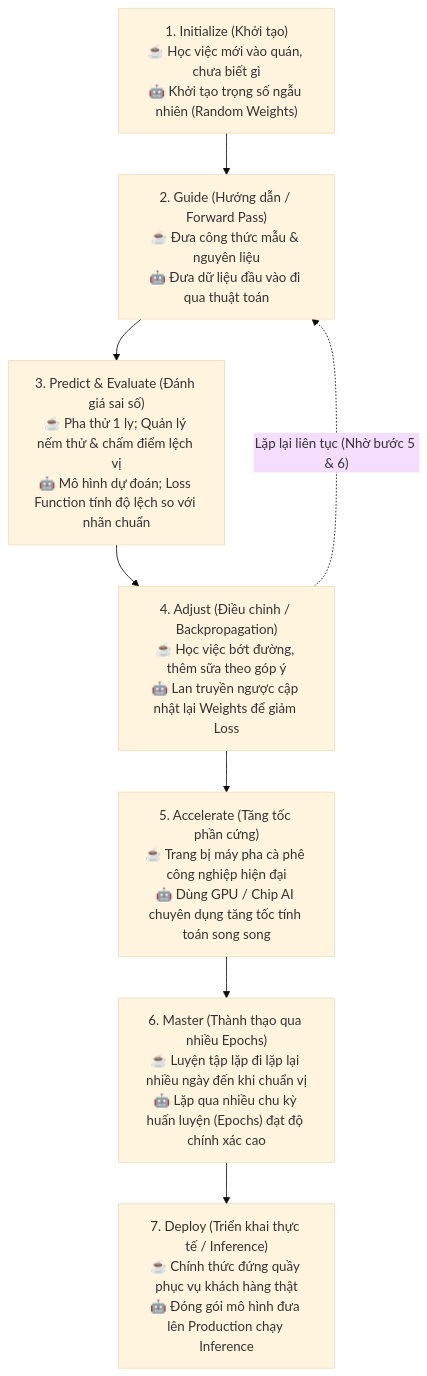
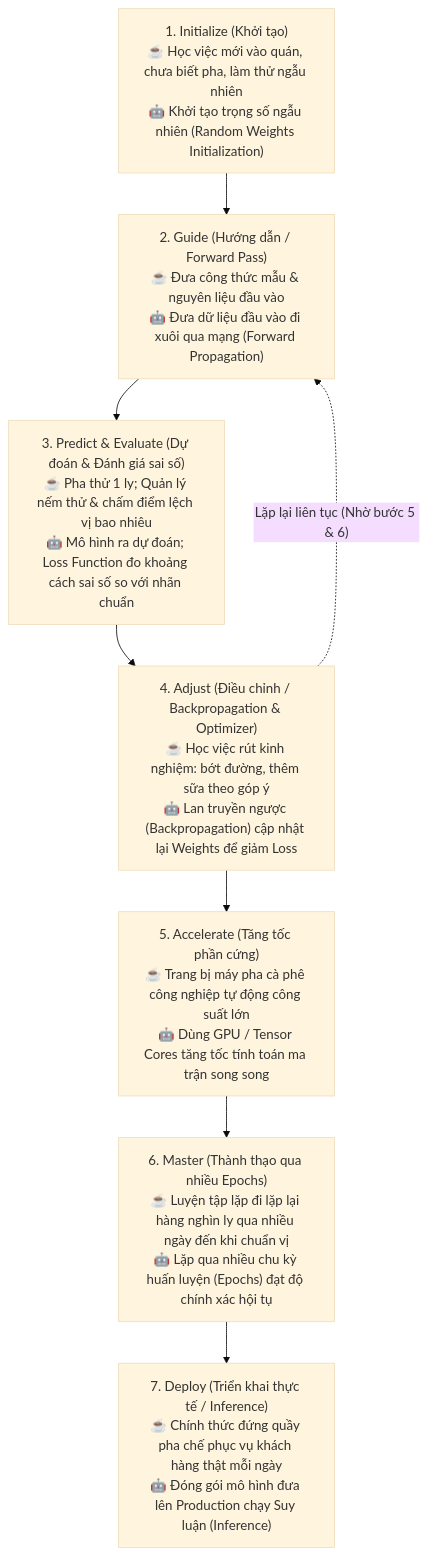
Before and after one commit to nxthanh2904/nca-genl: the sixth of 6 diagrams in Module_02_AIML_Fundamentals.md, drawn with Mermaid (base theme). The commit also changed other lines of this file and 11 other files, not shown here.

````diff
--- a/Module_02_AIML_Fundamentals.md
+++ b/Module_02_AIML_Fundamentals.md
@@ -177,14 +228,14 @@
 ```mermaid
 flowchart TD
-    S1["1. Initialize (Khởi tạo)<br/>☕ Học việc mới vào quán, chưa biết gì<br/>🤖 Khởi tạo trọng số ngẫu nhiên (Random Weights)"]
-    S2["2. Guide (Hướng dẫn / Forward Pass)<br/>☕ Đưa công thức mẫu & nguyên liệu<br/>🤖 Đưa dữ liệu đầu vào đi qua thuật toán"]
-    S3["3. Predict & Evaluate (Đánh giá sai số)<br/>☕ Pha thử 1 ly; Quản lý nếm thử & chấm điểm lệch vị<br/>🤖 Mô hình dự đoán; Loss Function tính độ lệch so với nhãn chuẩn"]
-    S4["4. Adjust (Điều chỉnh / Backpropagation)<br/>☕ Học việc bớt đường, thêm sữa theo góp ý<br/>🤖 Lan truyền ngược cập nhật lại Weights để giảm Loss"]
-    S5["5. Accelerate (Tăng tốc phần cứng)<br/>☕ Trang bị máy pha cà phê công nghiệp hiện đại<br/>🤖 Dùng GPU / Chip AI chuyên dụng tăng tốc tính toán song song"]
-    S6["6. Master (Thành thạo qua nhiều Epochs)<br/>☕ Luyện tập lặp đi lặp lại nhiều ngày đến khi chuẩn vị<br/>🤖 Lặp qua nhiều chu kỳ huấn luyện (Epochs) đạt độ chính xác cao"]
-    S7["7. Deploy (Triển khai thực tế / Inference)<br/>☕ Chính thức đứng quầy phục vụ khách hàng thật<br/>🤖 Đóng gói mô hình đưa lên Production chạy Inference"]
+    S1["1. Initialize (Khởi tạo)<br/>☕ Học việc mới vào quán, chưa biết pha, làm thử ngẫu nhiên<br/>🤖 Khởi tạo trọng số ngẫu nhiên (Random Weights Initialization)"]
+    S2["2. Guide (Hướng dẫn / Forward Pass)<br/>☕ Đưa công thức mẫu & nguyên liệu đầu vào<br/>🤖 Đưa dữ liệu đầu vào đi xuôi qua mạng (Forward Propagation)"]
+    S3["3. Predict & Evaluate (Dự đoán & Đánh giá sai số)<br/>☕ Pha thử 1 ly; Quản lý nếm thử & chấm điểm lệch vị bao nhiêu<br/>🤖 Mô hình ra dự đoán; Loss Function đo khoảng cách sai số so với nhãn chuẩn"]
+    S4["4. Adjust (Điều chỉnh / Backpropagation & Optimizer)<br/>☕ Học việc rút kinh nghiệm: bớt đường, thêm sữa theo góp ý<br/>🤖 Lan truyền ngược (Backpropagation) cập nhật lại Weights để giảm Loss"]
+    S5["5. Accelerate (Tăng tốc phần cứng)<br/>☕ Trang bị máy pha cà phê công nghiệp tự động công suất lớn<br/>🤖 Dùng GPU / Tensor Cores tăng tốc tính toán ma trận song song"]
+    S6["6. Master (Thành thạo qua nhiều Epochs)<br/>☕ Luyện tập lặp đi lặp lại hàng nghìn ly qua nhiều ngày đến khi chuẩn vị<br/>🤖 Lặp qua nhiều chu kỳ huấn luyện (Epochs) đạt độ chính xác hội tụ"]
+    S7["7. Deploy (Triển khai thực tế / Inference)<br/>☕ Chính thức đứng quầy pha chế phục vụ khách hàng thật mỗi ngày<br/>🤖 Đóng gói mô hình đưa lên Production chạy Suy luận (Inference)"]
 
     S1 --> S2 --> S3 --> S4
     S4 -.->|"Lặp lại liên tục (Nhờ bước 5 & 6)"| S2
     S4 --> S5 --> S6 --> S7
 ```
````
